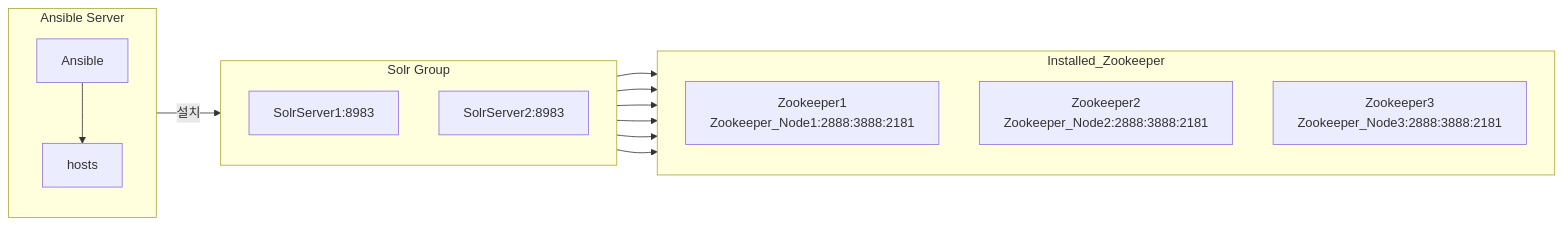
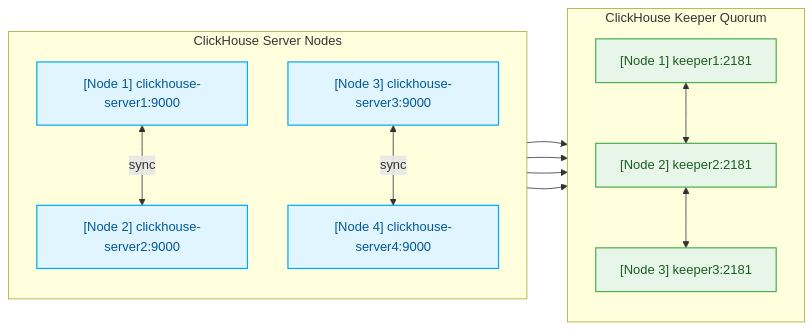
One commit to QubitSecurity/howto changed the first of 2 diagrams in os/rocky9/app/clickhouse/readme.md. Above: the diagram before and after it, drawn with Mermaid. The commit also changed other lines of this file, not shown here.

````diff
--- a/os/rocky9/app/clickhouse/readme.md
+++ b/os/rocky9/app/clickhouse/readme.md
@@ -28,42 +5,47 @@
 ```mermaid
-graph LR;
+graph LR
+    %% ----------------------------------------------------
+    %% [구조 핵심] 서버 레이어와 키퍼 레이어를 가로축으로 분리하여 
+    %% 배치 엔진이 꼬이는 현상을 근본적으로 차단합니다.
+    %% ----------------------------------------------------
+    
+    %% 스타일 정의
+    classDef serverStyle fill:#E1F5FE,stroke:#03A9F4,stroke-width:1.5px,color:#01579B;
+    classDef keeperStyle fill:#E8F5E9,stroke:#4CAF50,stroke-width:1.5px,color:#1B5E20;
 
-    %% Define layout direction and spacing
-   %% style Ansible_Server fill:#f9f,stroke:#333,stroke-width:2px,height:200px;
-   %% style Zookeeper fill:#cfc,stroke:#333,stroke-width:2px;
-   %% style Plug_Zookeeper fill:#fff,stroke:#000,stroke-width:2px;
-
-    %% Ansible Server Section
-    subgraph Ansible_Server[Ansible Server]
+    %% 1. ClickHouse Servers (좌측 정렬)
+    subgraph ClickHouse_Cluster [ClickHouse Server Nodes]
         direction TB
-        Ansible1[Ansible]
-        hosts[hosts]
-        
-        Ansible1 --> hosts
+        S1["[Node 1] clickhouse-server1:9000"]:::serverStyle
+        S2["[Node 2] clickhouse-server2:9000"]:::serverStyle
+        S3["[Node 3] clickhouse-server3:9000"]:::serverStyle
+        S4["[Node 4] clickhouse-server4:9000"]:::serverStyle
+        %%S1 <--sync--> S2
+        %%S3 <--sync--> S4
     end
 
-    %% Zookeeper Section
-    subgraph Zookeeper[Installed_Zookeeper]
+    %% 2. Keeper Quorum (우측 정렬)
+    subgraph Keeper_Cluster [ClickHouse Keeper Quorum]
         direction TB
-        Zookeeper1[Zookeeper1<br>Zookeeper_Node1:2888:3888:2181]
-        Zookeeper2[Zookeeper2<br>Zookeeper_Node2:2888:3888:2181]
-        Zookeeper3[Zookeeper3<br>Zookeeper_Node3:2888:3888:2181]
-        
-        
+        K1["[Node 1] keeper1:2181"]:::keeperStyle
+        K2["[Node 2] keeper2:2181"]:::keeperStyle
+        K3["[Node 3] keeper3:2181"]:::keeperStyle
     end
 
-    %% Solr Subgraph
-    subgraph Solr[Solr Group]
-        direction TB
-        SolrServer1[SolrServer1:8983]
-        SolrServer2[SolrServer2:8983]
-    end
-hosts -->|설치| Solr
 
-SolrServer1 --> Zookeeper1
-SolrServer1 --> Zookeeper2
-SolrServer1 --> Zookeeper3
-SolrServer2 --> Zookeeper1
-SolrServer2 --> Zookeeper2
-SolrServer2 --> Zookeeper3
+    %% 3. Keeper 간의 상호 동기화 지시선 (우측에서 자기들끼리 순환)
+    K1 <--> K2 <--> K3
+
+    %% 4. 모든 Server에서 모든 Keeper로 가는 지시선 정렬
+    %% (로컬 통신은 실선, 원격 교차 통신은 점선으로 렌더링을 맑게 처리)
+    S1 --> Keeper_Cluster
+    S2 --> Keeper_Cluster
+    S3 --> Keeper_Cluster
+    S4 --> Keeper_Cluster
+
+        S1 <--sync--> S2
+        S3 <--sync--> S4
+
+
+
 ```
````
